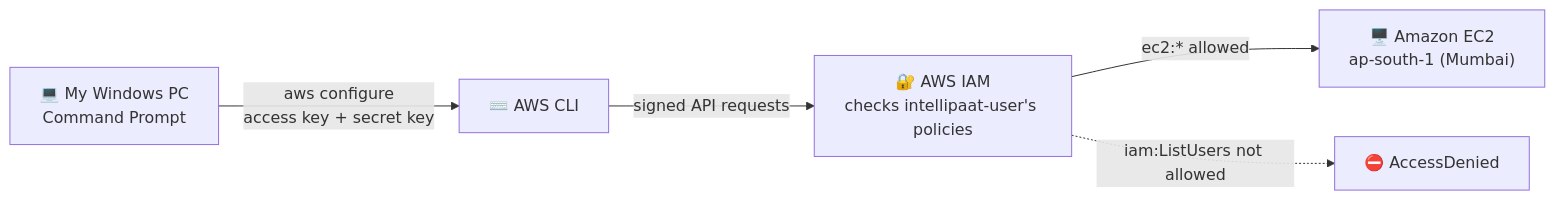
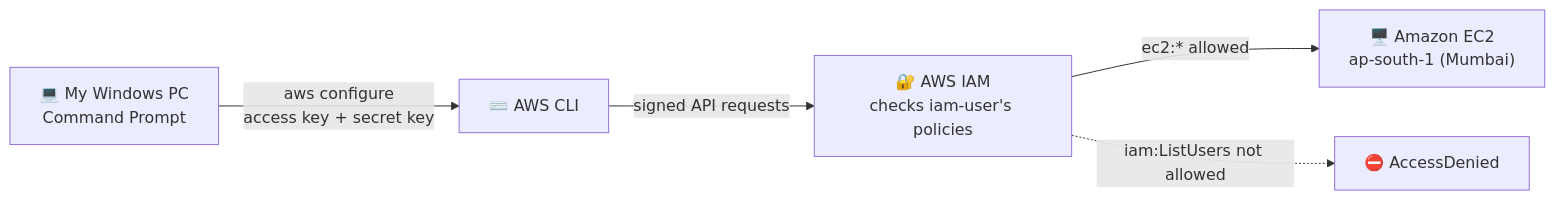
One commit to miraclechinwe/aws-cloud-labs changed the first of 2 diagrams in 06-iam-user-aws-cli-access/README.md. Above: the diagram before and after it, drawn with Mermaid. The commit also changed other lines of this file and 2 other files, not shown here.

First line of the commit message:
Tidy IAM labs and main README

````diff
--- a/06-iam-user-aws-cli-access/README.md
+++ b/06-iam-user-aws-cli-access/README.md
@@ -30,7 +30,7 @@
 ```mermaid
 flowchart LR
     PC["💻 My Windows PC<br/>Command Prompt"] -->|aws configure<br/>access key + secret key| CLI["⌨️ AWS CLI"]
-    CLI -->|signed API requests| IAMChk["🔐 AWS IAM<br/>checks intellipaat-user's policies"]
+    CLI -->|signed API requests| IAMChk["🔐 AWS IAM<br/>checks iam-user's policies"]
     IAMChk -->|ec2:* allowed| EC2["🖥️ Amazon EC2<br/>ap-south-1 (Mumbai)"]
     IAMChk -.->|iam:ListUsers not allowed| Denied["⛔ AccessDenied"]
 ```
````
